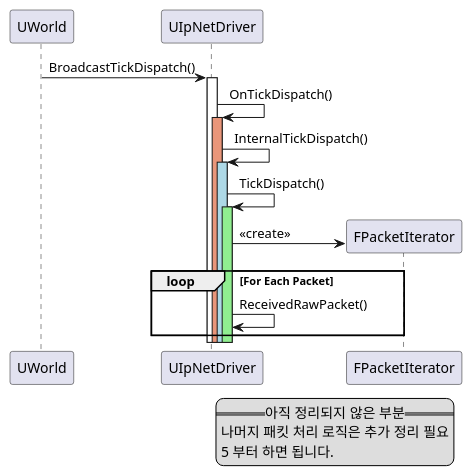
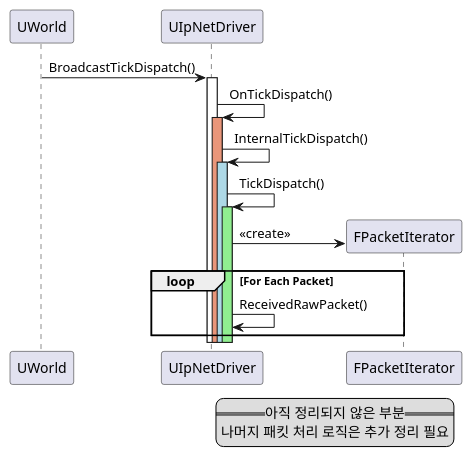
The diagram in docs/(UnrealEngineSourceCode)/(ch.2.10_중간정리)/ch2_10.00.entry.md (taehyungs-programming-blog/blog), drawn with PlantUML before and after one commit. The commit also changed 1 other file, not shown here.

````diff
--- a/docs/(UnrealEngineSourceCode)/(ch.2.10_중간정리)/ch2_10.00.entry.md
+++ b/docs/(UnrealEngineSourceCode)/(ch.2.10_중간정리)/ch2_10.00.entry.md
@@ -378,39 +378,38 @@
 ```plantuml
 
 skinparam DefaultFontName "Malgun Gothic"
 
 participant UWorld
 participant UIpNetDriver
 participant FPacketIterator
 
 UWorld -> UIpNetDriver: BroadcastTickDispatch()
 activate UIpNetDriver
 
 UIpNetDriver -> UIpNetDriver: OnTickDispatch()
 activate UIpNetDriver #DarkSalmon
 
 UIpNetDriver -> UIpNetDriver: InternalTickDispatch()
 activate UIpNetDriver #LightBlue
 
 UIpNetDriver -> UIpNetDriver: TickDispatch()
 activate UIpNetDriver #LightGreen
 
 create FPacketIterator
 UIpNetDriver -> FPacketIterator: <<create>>
 
 loop For Each Packet
     UIpNetDriver -> UIpNetDriver: ReceivedRawPacket()
 end
 
 deactivate UIpNetDriver
 deactivate UIpNetDriver
 deactivate UIpNetDriver
 deactivate UIpNetDriver
 
 legend right
   ==아직 정리되지 않은 부분==
   나머지 패킷 처리 로직은 추가 정리 필요
-  5 부터 하면 됩니다.
 end legend
 
 ```
````
